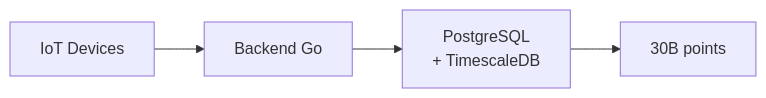
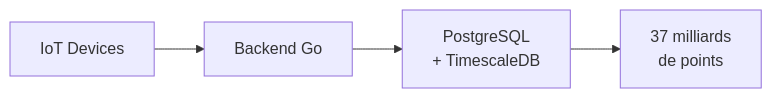
One commit to defts/timescaledb-petite-souris changed the diagram in slides.md. Above: the diagram before and after it, drawn with Mermaid. The commit also changed other lines of this file and 7 other files, not shown here.

````diff
--- a/slides.md
+++ b/slides.md
@@ -53,6 +56,6 @@
 ```mermaid
 graph LR
     A[IoT Devices] --> B[Backend Go]
     B --> C[PostgreSQL<br/>+ TimescaleDB]
-    C --> D[30B points]
+    C --> D[37 milliards<br/>de points]
 ```
````
